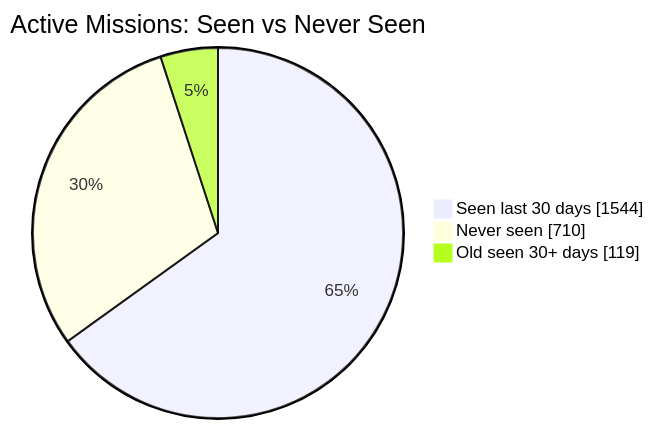
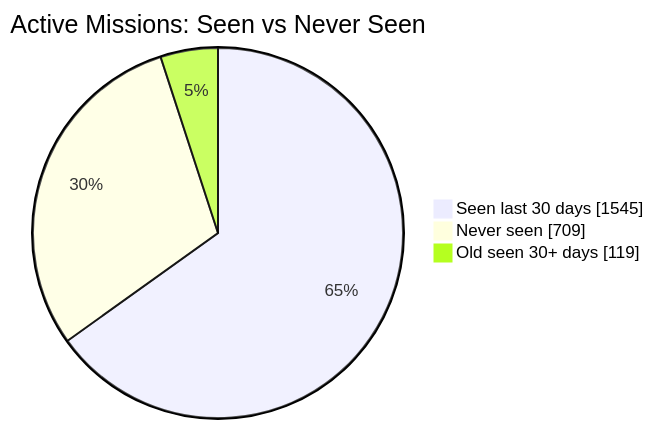
Before and after one commit to MeldkamerspelGameTeam/active-missions: the first of 2 diagrams in README.md, drawn with Mermaid. The commit also changed other lines of this file and 2 other files, not shown here.

````diff
--- a/README.md
+++ b/README.md
@@ -34,7 +34,7 @@
 ```mermaid
 pie showData
     title Active Missions: Seen vs Never Seen
-    "Seen last 30 days" : 1544
-    "Never seen" : 710
+    "Seen last 30 days" : 1545
+    "Never seen" : 709
     "Old seen 30+ days" : 119
 ```
````
